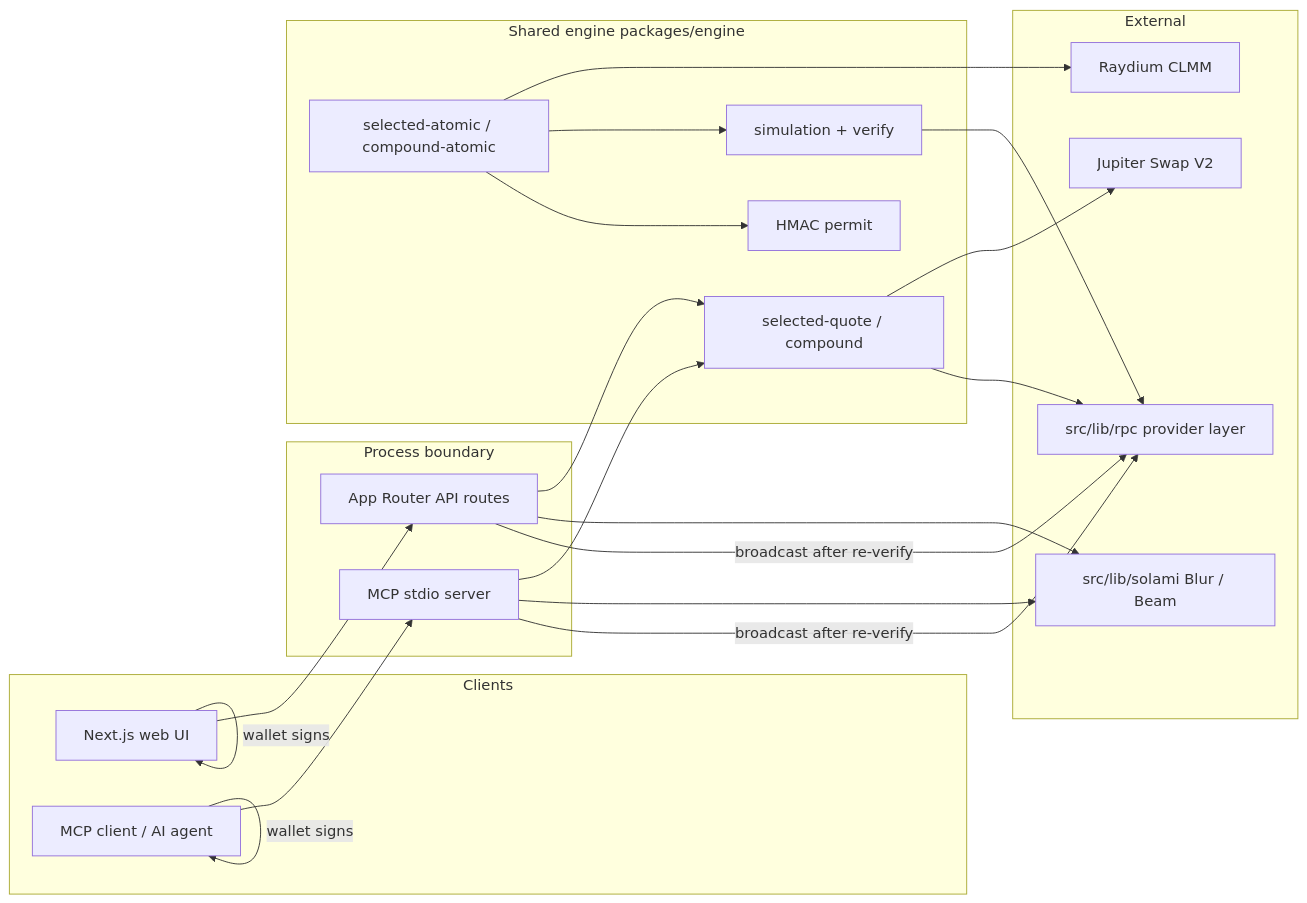
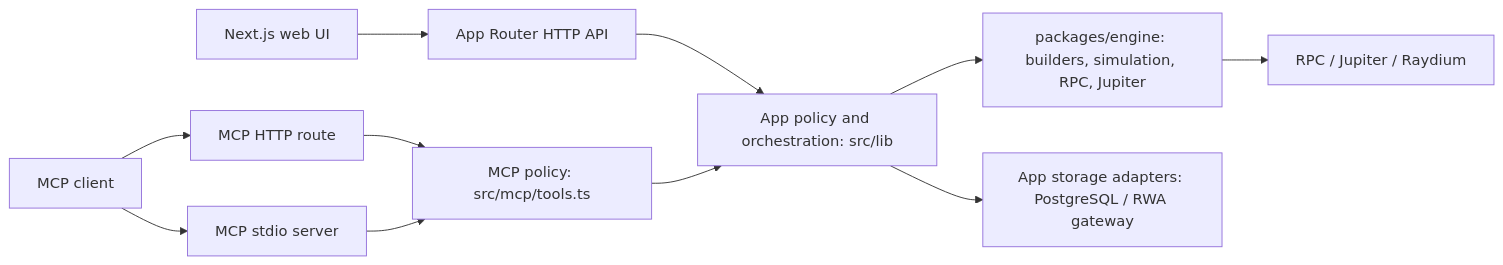
One commit to truenorth-lj/sofinance-public changed the diagram in README.md. Above: the diagram before and after it, drawn with Mermaid. The commit also changed other lines of this file and 26 other files, not shown here.

````diff
--- a/README.md
+++ b/README.md
@@ -421,39 +423,13 @@
 ```mermaid
 flowchart LR
-  subgraph clients [Clients]
-    Web[Next.js web UI]
-    Agent[MCP client / AI agent]
-  end
-  subgraph edge [Process boundary]
-    API[App Router API routes]
-    MCP[MCP stdio server]
-  end
-  subgraph engine ["Shared engine packages/engine"]
-    Quote[selected-quote / compound]
-    Atomic[selected-atomic / compound-atomic]
-    Sim[simulation + verify]
-    Permit[HMAC permit]
-  end
-  subgraph external [External]
-    RPC[src/lib/rpc provider layer]
-    Blur[src/lib/solami Blur / Beam]
-    Jup[Jupiter Swap V2]
-    Ray[Raydium CLMM]
-  end
-  Web --> API
-  Agent --> MCP
-  API --> Quote
-  MCP --> Quote
-  Quote --> Jup
-  Quote --> RPC
-  API --> Blur
-  MCP --> Blur
-  Atomic --> Ray
-  Atomic --> Sim
-  Sim --> RPC
-  Atomic --> Permit
-  Web -->|wallet signs| Web
-  Agent -->|wallet signs| Agent
-  API -->|broadcast after re-verify| RPC
-  MCP -->|broadcast after re-verify| RPC
+  Web[Next.js web UI] --> API[App Router HTTP API]
+  Agent[MCP client] --> HTTP[MCP HTTP route]
+  Agent --> Stdio[MCP stdio server]
+  API --> App["App policy and orchestration: src/lib"]
+  HTTP --> Tools["MCP policy: src/mcp/tools.ts"]
+  Stdio --> Tools
+  Tools --> App
+  App --> Engine["packages/engine: builders, simulation, RPC, Jupiter"]
+  App --> Store["App storage adapters: PostgreSQL / RWA gateway"]
+  Engine --> Providers[RPC / Jupiter / Raydium]
 ```
````
